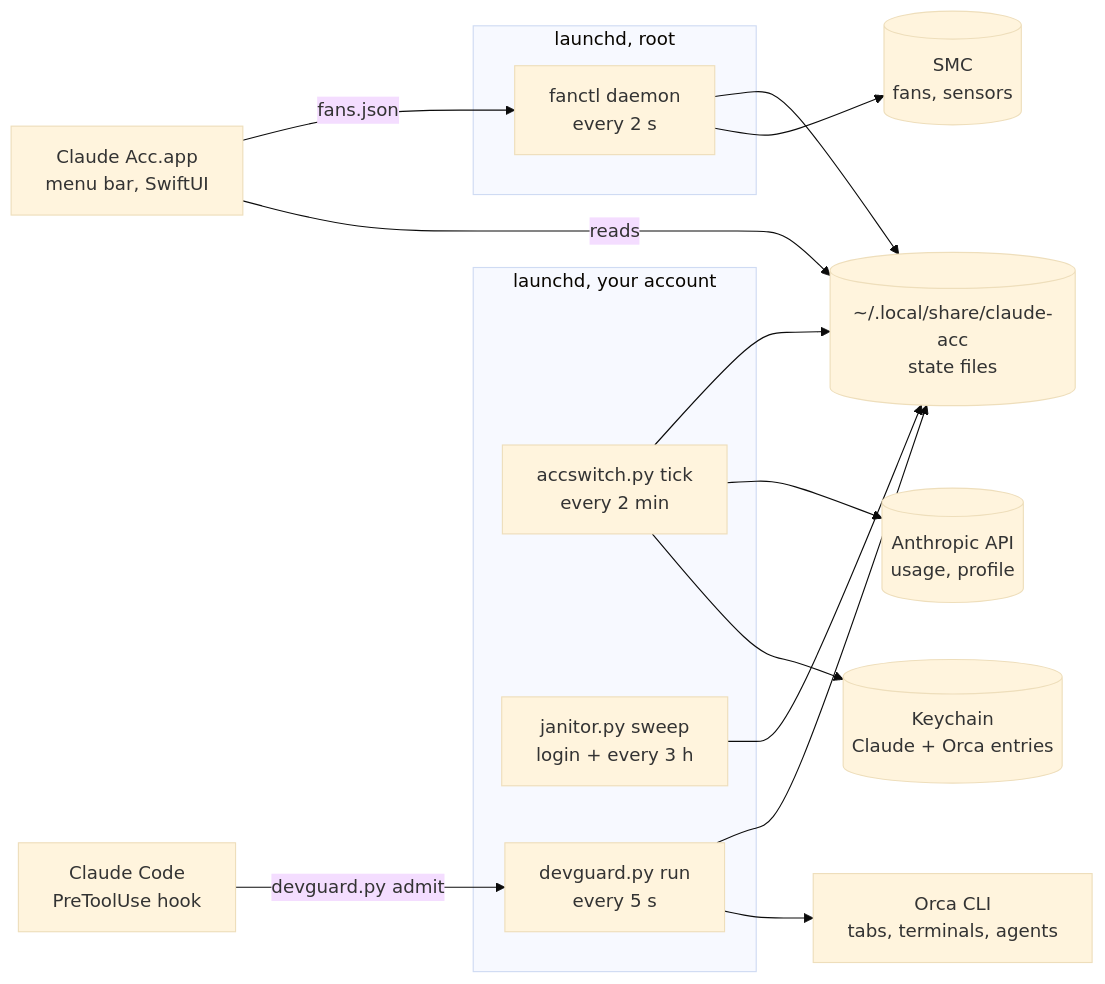
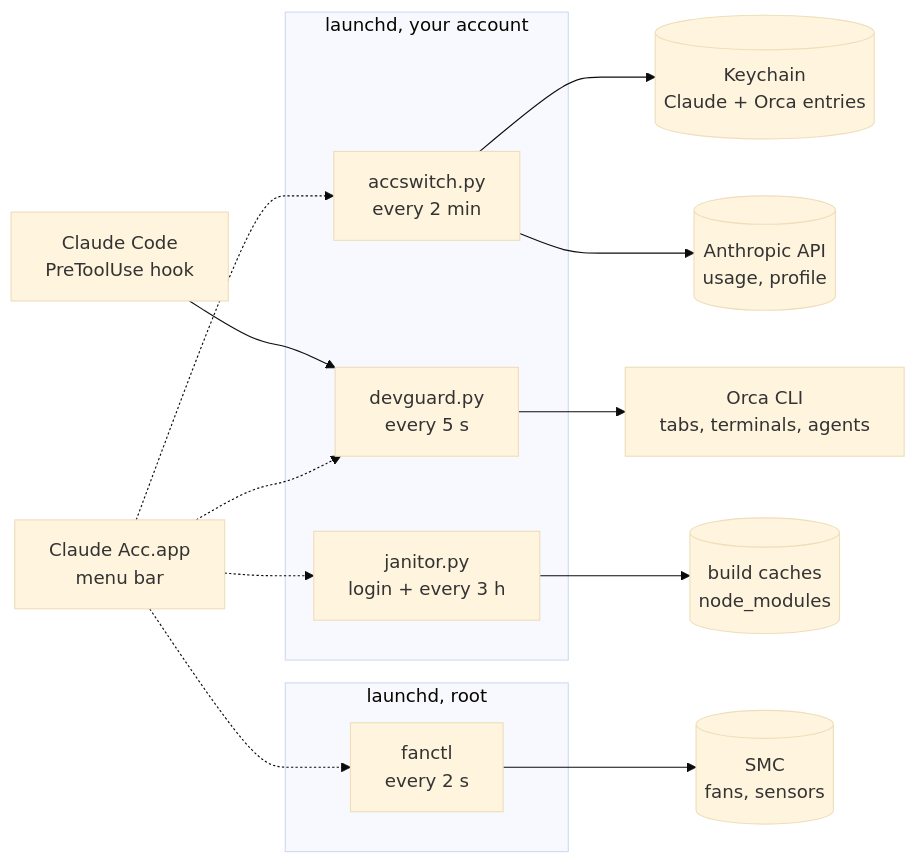
The diagram in README.md (outof-place/claude-acc), drawn with Mermaid (base theme) before and after one commit. The commit also changed other lines of this file, not shown here.

Commit message:
docs: simpler architecture diagram

````diff
--- a/README.md
+++ b/README.md
@@ -54,29 +54,24 @@
 ```mermaid
 flowchart LR
-    app["Claude Acc.app<br/>menu bar, SwiftUI"]
+    app["Claude Acc.app<br/>menu bar"]
     subgraph user["launchd, your account"]
-        tick["accswitch.py tick<br/>every 2 min"]
-        janitor["janitor.py sweep<br/>login + every 3 h"]
-        guard["devguard.py run<br/>every 5 s"]
+        tick["accswitch.py<br/>every 2 min"]
+        guard["devguard.py<br/>every 5 s"]
+        janitor["janitor.py<br/>login + every 3 h"]
     end
     subgraph root["launchd, root"]
-        fans["fanctl daemon<br/>every 2 s"]
+        fans["fanctl<br/>every 2 s"]
     end
+    hook["Claude Code<br/>PreToolUse hook"]
     keychain[("Keychain<br/>Claude + Orca entries")]
     api[("Anthropic API<br/>usage, profile")]
     orca["Orca CLI<br/>tabs, terminals, agents"]
-    hook["Claude Code<br/>PreToolUse hook"]
+    disk[("build caches<br/>node_modules")]
     smc[("SMC<br/>fans, sensors")]
-    state[("~/.local/share/claude-acc<br/>state files")]
-    tick --> keychain
-    tick --> api
+    app -.-> tick & guard & janitor & fans
+    tick --> keychain & api
     guard --> orca
-    hook -- "devguard.py admit" --> guard
+    janitor --> disk
     fans --> smc
-    tick --> state
-    janitor --> state
-    guard --> state
-    fans --> state
-    app -- "reads" --> state
-    app -- "fans.json" --> fans
+    hook --> guard
 ```
````
